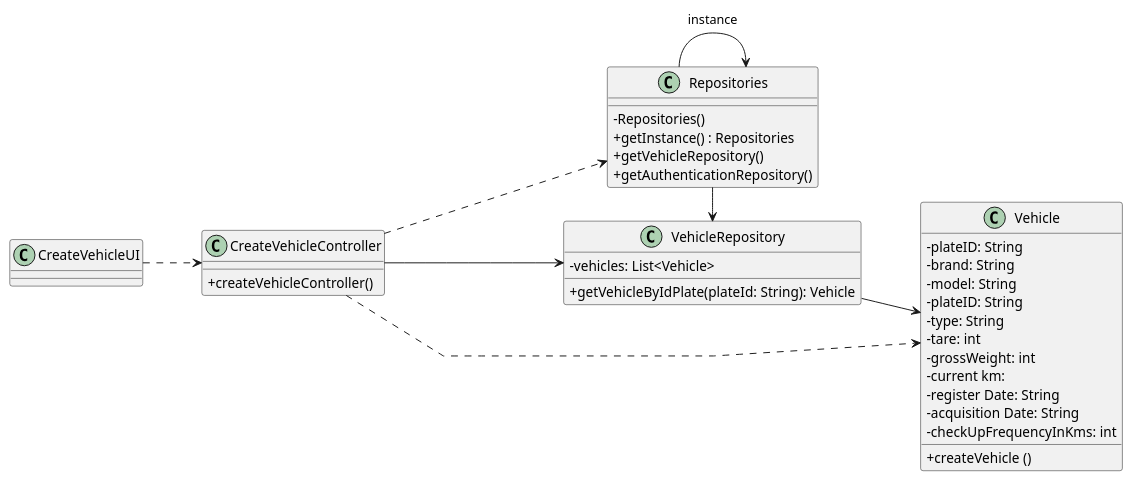
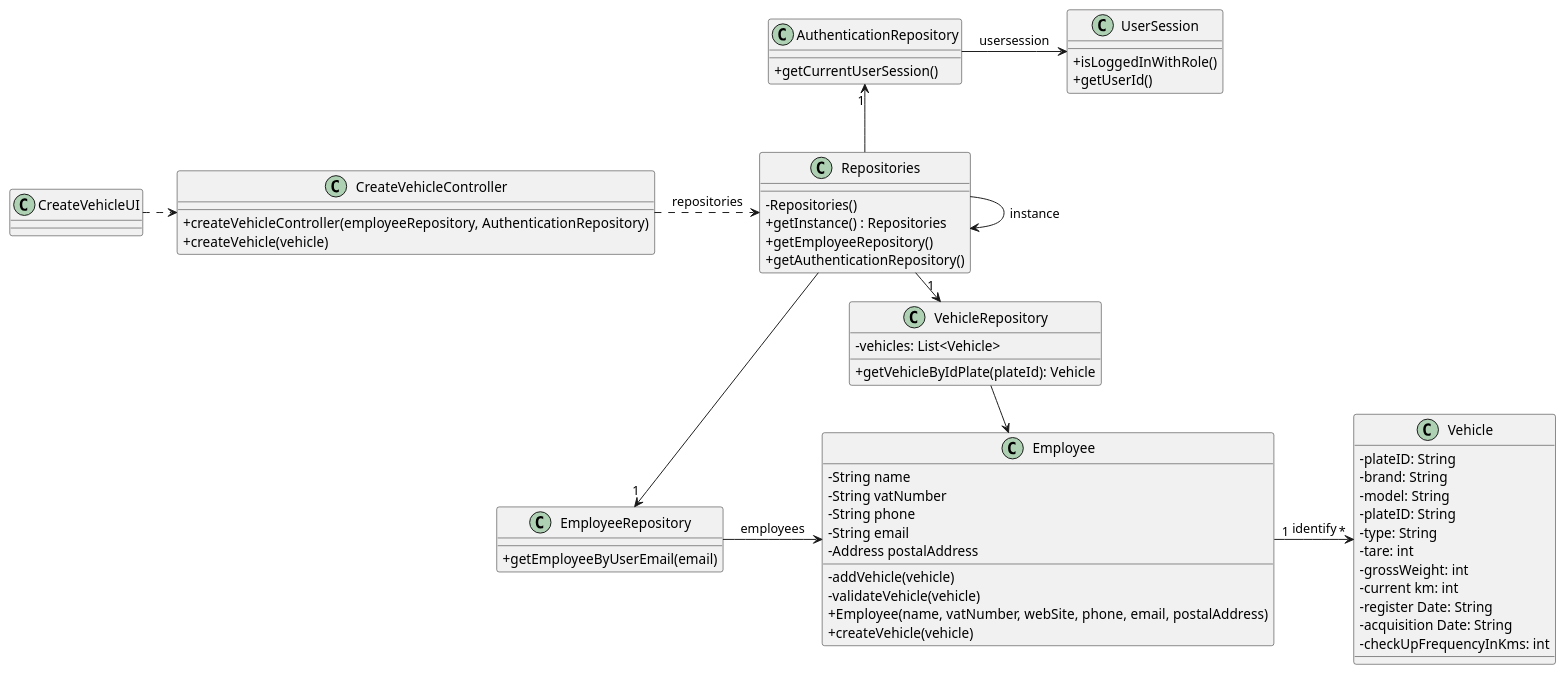
One commit to Mendoncaa/LAPR2 changed the diagram in docs/sprintC/us006/03.design/puml/us006-class-diagram.puml. Above: the diagram before and after it, drawn with PlantUML.

Commit message:
US06 - Diagrama de Classe | Reformulação do diagrama de classe. Foi adicionado a classe "Employee" e "EmployeeRepository".

```diff
--- a/docs/sprintC/us006/03.design/puml/us006-class-diagram.puml
+++ b/docs/sprintC/us006/03.design/puml/us006-class-diagram.puml
@@ -1,70 +1,121 @@
 @startuml
 'skinparam monochrome true
 skinparam packageStyle rectangle
 skinparam shadowing false
 skinparam linetype polyline
 'skinparam linetype orto
 
 skinparam classAttributeIconSize 0
 
-left to right direction
+'left to right direction
 
 class CreateVehicleUI{
 }
 
-'class Organization {
-'    - vehiclesRepository: VehicleRepository
-'    - name: String
-'    - address: String
-'    - phoneNumber: String
-'}
+class CreateVehicleController {
+    + createVehicleController(employeeRepository, AuthenticationRepository)
+    + createVehicle(vehicle)
+}
+
+
+' --------------------------------------------
+'             REPOSITORIOS
+' --------------------------------------------
+
+class Repositories {
+    - Repositories()
+    + getInstance() : Repositories
+    + getEmployeeRepository()
+    + getAuthenticationRepository()
+}
+
+class EmployeeRepository {
+    + getEmployeeByUserEmail(email)
+}
+
+class VehicleRepository {
+    - vehicles: List<Vehicle>
+    + getVehicleByIdPlate(plateId): Vehicle
+}
+
+class AuthenticationRepository
+{
+    + getCurrentUserSession()
+}
+
+
+' --------------------------------------------
+'             CLASSES "FINAIS" & DOMAIN
+' --------------------------------------------
+
+class Employee {
+    - String name
+    - String vatNumber
+    - String phone
+    - String email
+    - Address postalAddress
+    - addVehicle(vehicle)
+    - validateVehicle(vehicle)
+    + Employee(name, vatNumber, webSite, phone, email, postalAddress)
+    + createVehicle(vehicle)
+'    - getUserByEmail(email)
+}
+
+
+
+
+class UserSession
+{
+    + isLoggedInWithRole()
+    + getUserId()
+}
 
 class Vehicle {
     - plateID: String
     - brand: String
     - model: String
     - plateID: String
     - type: String
     - tare: int
     - grossWeight: int
-    - current km:
+    - current km: int
     - register Date: String
     - acquisition Date: String
     - checkUpFrequencyInKms: int
-    + createVehicle ()
+'    + createVehicle ()
 
-}
-
-class Repositories {
-    - Repositories()
-    + getInstance() : Repositories
-    + getVehicleRepository()
-    + getAuthenticationRepository()
-
-}
-
-class CreateVehicleController {
-    + createVehicleController()
-}
-
-class VehicleRepository {
-    - vehicles: List<Vehicle>
-    + getVehicleByIdPlate(plateId: String): Vehicle
 }
 
 
 
-'Ligações
 
-CreateVehicleUI ..> CreateVehicleController
-CreateVehicleController ---.> Repositories
-CreateVehicleController ----.>Vehicle
-Repositories -> Repositories : instance
-Repositories -> VehicleRepository
-CreateVehicleController -> VehicleRepository
-VehicleRepository --> Vehicle
+' --------------------------------------------
+'             LIGAÇÕES
+' --------------------------------------------
+
+'Create Vehicle UI
+CreateVehicleUI -r..> CreateVehicleController
+
+'Create Vehicle Controller
+CreateVehicleController -r---.> Repositories :repositories
+'CreateVehicleController ----.>Vehicle
+'CreateVehicleController -> VehicleRepository
+
+'REPOSITORIES
+
+
+Repositories -r-> Repositories : instance
+Repositories -r-> "1" VehicleRepository
+Repositories -d-> "1" EmployeeRepository
+Repositories -u-> "1" AuthenticationRepository
+
+EmployeeRepository -> Employee : employees
+AuthenticationRepository -> UserSession : usersession
+VehicleRepository -> Employee
+Employee "1" -> "*" Vehicle  : identify
+
 
 
 
 'Organization -- VehicleRepository
 @enduml
```
